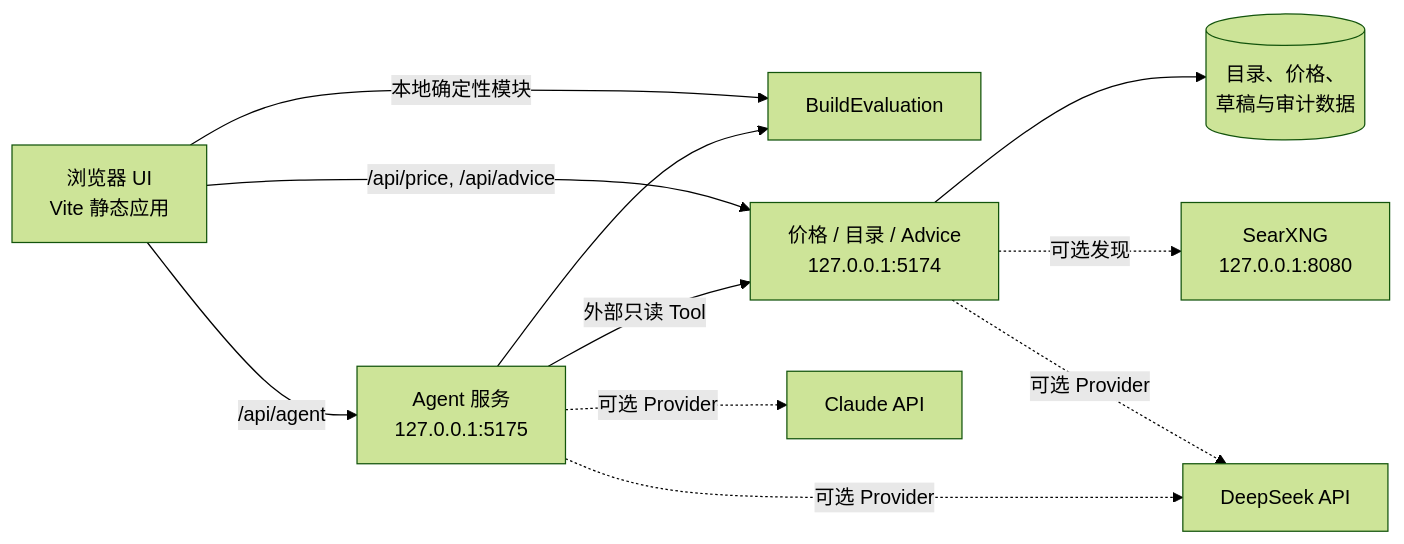
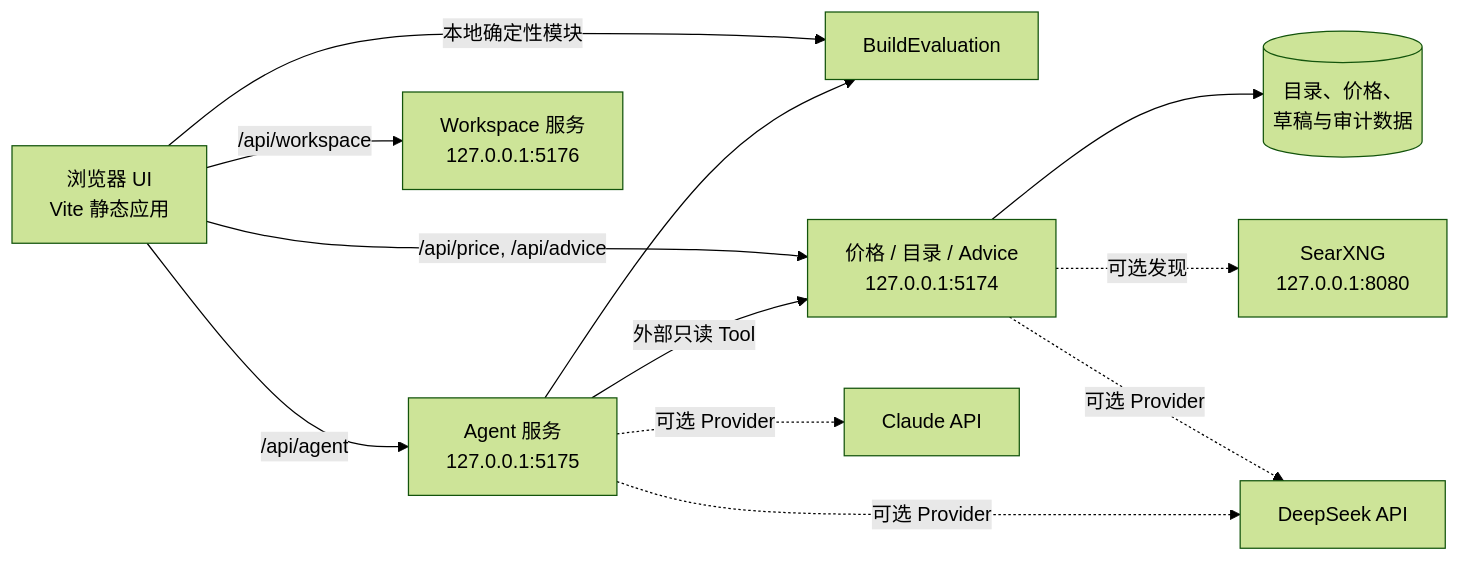
One commit to Mankindevil/Build-sim- changed the diagram in README.zh-CN.md. Above: the diagram before and after it, drawn with Mermaid (forest theme). The commit also changed other lines of this file and 29 other files, not shown here.

````diff
--- a/README.zh-CN.md
+++ b/README.zh-CN.md
@@ -106,13 +110,14 @@
 ```mermaid
 flowchart LR
   B[浏览器 UI<br/>Vite 静态应用] -->|本地确定性模块| E[BuildEvaluation]
   B -->|/api/price, /api/advice| P[价格 / 目录 / Advice<br/>127.0.0.1:5174]
   B -->|/api/agent| A[Agent 服务<br/>127.0.0.1:5175]
+  B -->|/api/workspace| W[Workspace 服务<br/>127.0.0.1:5176]
   A --> E
   A -->|外部只读 Tool| P
   P --> D[(目录、价格、<br/>草稿与审计数据)]
   P -. 可选发现 .-> S[SearXNG<br/>127.0.0.1:8080]
   P -. 可选 Provider .-> DS[DeepSeek API]
   A -. 可选 Provider .-> DS
   A -. 可选 Provider .-> C[Claude API]
 ```
````
